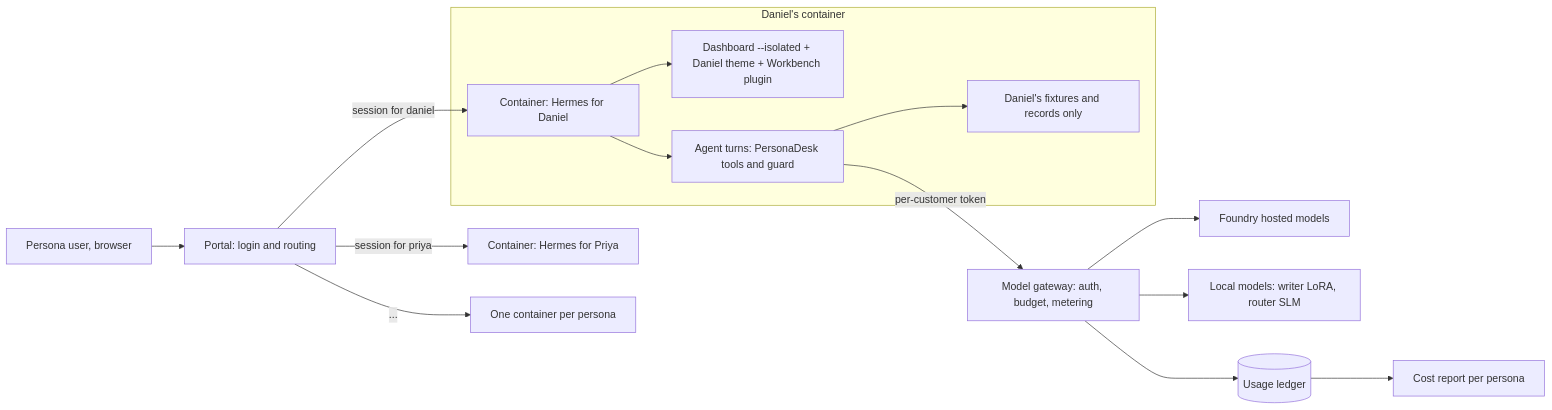
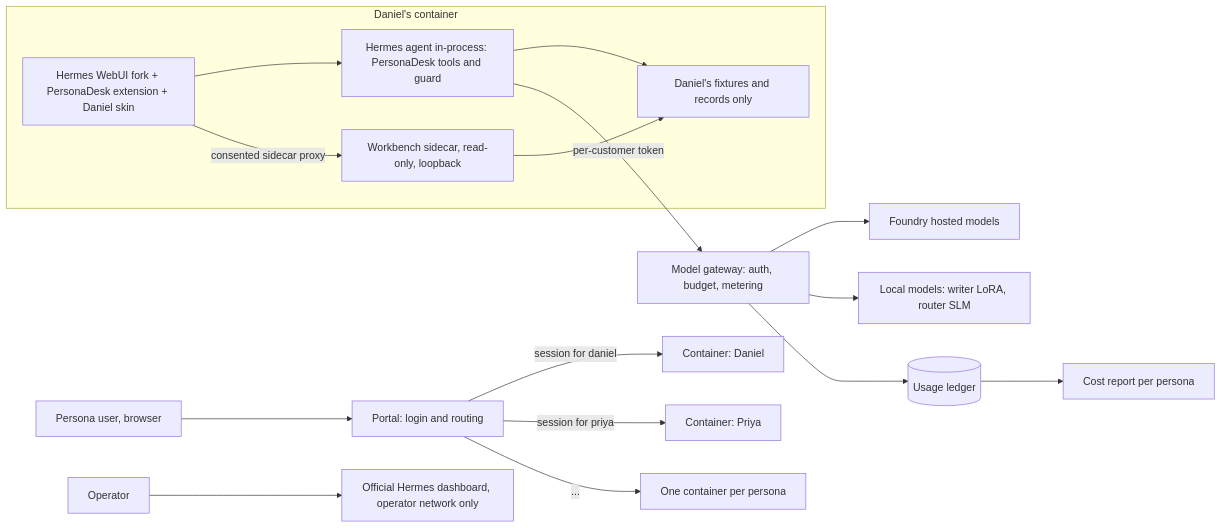
The diagram in workshops/persona-portal/PLAN.md (rashmijain02/multi-lora), drawn with Mermaid before and after one commit. The commit also changed other lines of this file and 63 other files, not shown here.

First line of the commit message:
Add Workshop 5 (PersonaDesk Portal) and Workshop 6 (Vally agent evals)

````diff
--- a/workshops/persona-portal/PLAN.md
+++ b/workshops/persona-portal/PLAN.md
@@ -90,17 +104,19 @@
 ```mermaid
 flowchart LR
     U[Persona user, browser] --> P[Portal: login and routing]
-    P -->|session for daniel| D1[Container: Hermes for Daniel]
-    P -->|session for priya| D2[Container: Hermes for Priya]
-    P -->|...| Dn[One container per persona]
-    subgraph D1c[Daniel's container]
-        D1 --> DB1[Dashboard --isolated + Daniel theme + Workbench plugin]
-        D1 --> A1[Agent turns: PersonaDesk tools and guard]
+    P -->|session for daniel| C1[Container: Daniel]
+    P -->|session for priya| C2[Container: Priya]
+    P -->|...| Cn[One container per persona]
+    subgraph C1c[Daniel's container]
+        W1[Hermes WebUI fork + PersonaDesk extension + Daniel skin] --> A1[Hermes agent in-process: PersonaDesk tools and guard]
+        W1 -->|consented sidecar proxy| S1[Workbench sidecar, read-only, loopback]
         A1 --> F1[Daniel's fixtures and records only]
+        S1 --> F1
     end
     A1 -->|per-customer token| G[Model gateway: auth, budget, metering]
     G --> FM[Foundry hosted models]
     G --> LM[Local models: writer LoRA, router SLM]
     G --> M[(Usage ledger)]
     M --> R[Cost report per persona]
+    O[Operator] --> OD[Official Hermes dashboard, operator network only]
 ```
````
